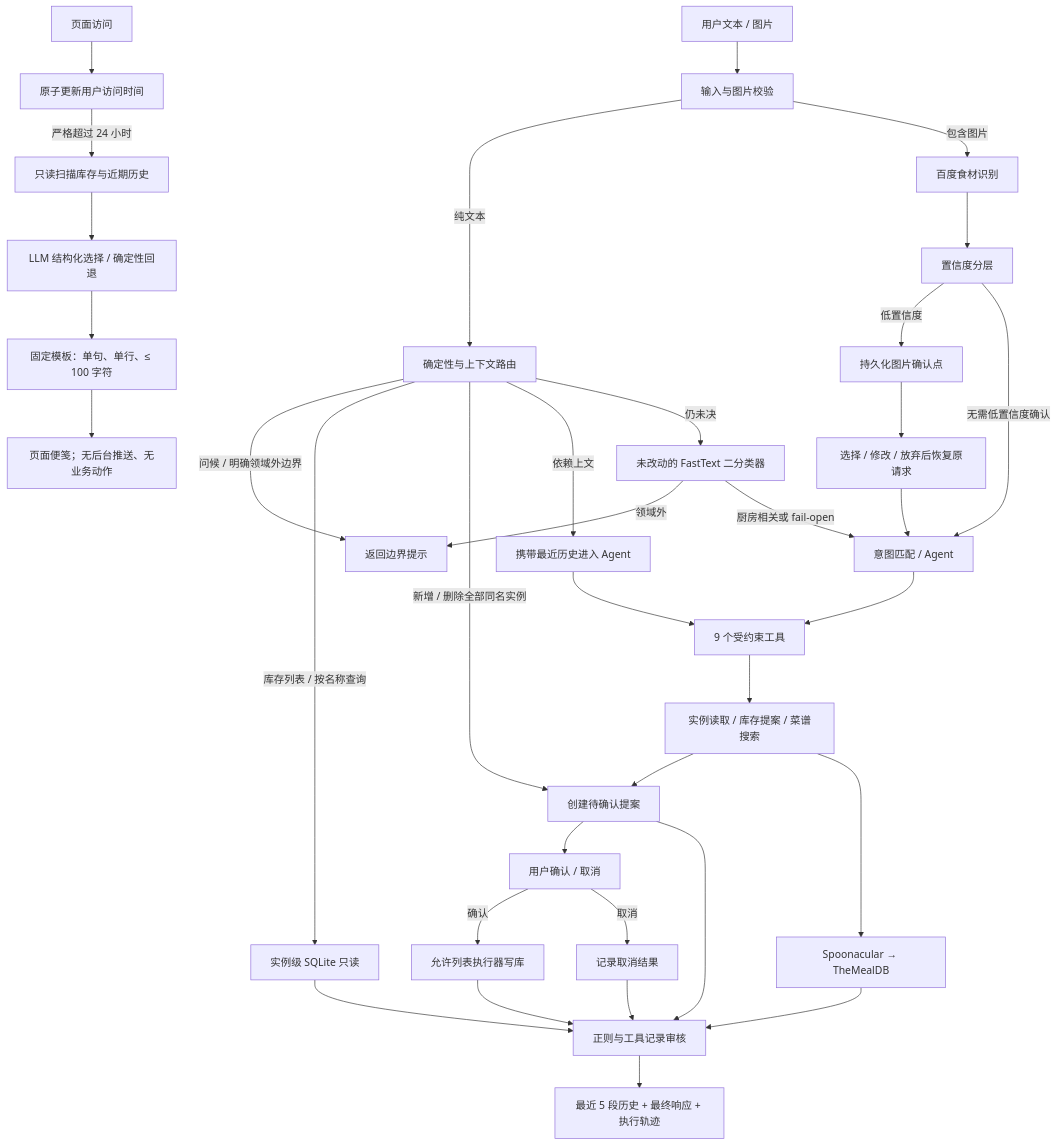
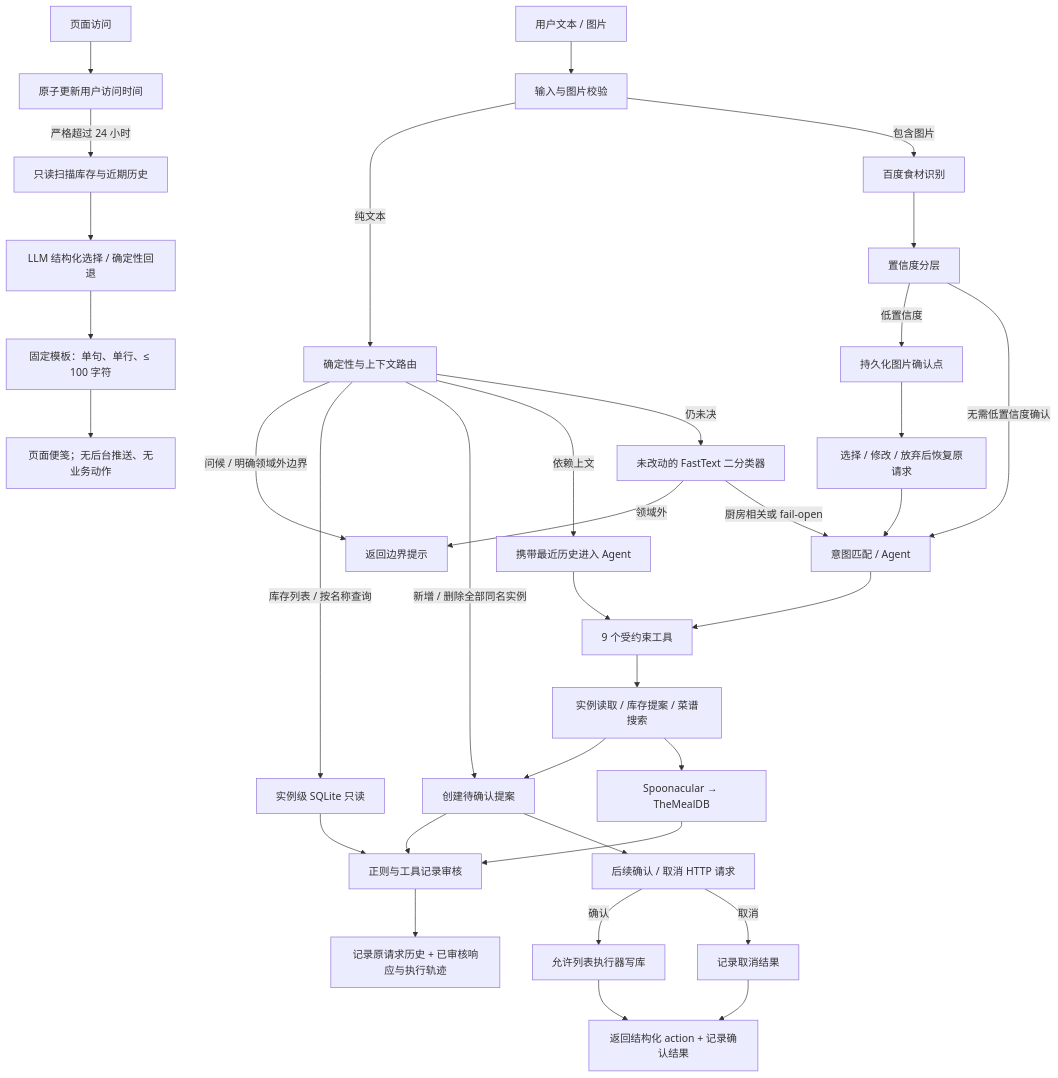
Before and after one commit to aicecould/kitchen_inventory_agent: the diagram in README.md, drawn with Mermaid. The commit also changed other lines of this file, not shown here.

````diff
--- a/README.md
+++ b/README.md
@@ -26,43 +26,43 @@
 ```mermaid
 flowchart TD
     A["用户文本 / 图片"] --> B["输入与图片校验"]
 
     B -->|纯文本| C["确定性与上下文路由"]
     C -->|问候 / 明确领域外边界| C1["返回边界提示"]
     C -->|库存列表 / 按名称查询| D["实例级 SQLite 只读"]
     C -->|新增 / 删除全部同名实例| E["创建待确认提案"]
     C -->|依赖上文| F["携带最近历史进入 Agent"]
     C -->|仍未决| G["未改动的 FastText 二分类器"]
     G -->|领域外| C1
     G -->|厨房相关或 fail-open| H["意图匹配 / Agent"]
 
     B -->|包含图片| I["百度食材识别"]
     I --> J["置信度分层"]
     J -->|低置信度| K["持久化图片确认点"]
     K --> L["选择 / 修改 / 放弃后恢复原请求"]
     J -->|无需低置信度确认| H
     L --> H
 
     F --> M["9 个受约束工具"]
     H --> M
     M --> N["实例读取 / 库存提案 / 菜谱搜索"]
     N --> E
     N --> O["Spoonacular → TheMealDB"]
 
-    E --> P["用户确认 / 取消"]
-    P -->|确认| Q["允许列表执行器写库"]
-    P -->|取消| R["记录取消结果"]
-
     D --> S["正则与工具记录审核"]
     E --> S
     O --> S
-    Q --> S
-    R --> S
-    S --> T["最近 5 段历史 + 最终响应 + 执行轨迹"]
+    S --> T["记录原请求历史 + 已审核响应与执行轨迹"]
+
+    E --> P["后续确认 / 取消 HTTP 请求"]
+    P -->|确认| Q["允许列表执行器写库"]
+    P -->|取消| R["记录取消结果"]
+    Q --> T1["返回结构化 action + 记录确认结果"]
+    R --> T1
 
     U["页面访问"] --> V["原子更新用户访问时间"]
     V -->|严格超过 24 小时| W["只读扫描库存与近期历史"]
     W --> X["LLM 结构化选择 / 确定性回退"]
     X --> Y["固定模板：单句、单行、≤ 100 字符"]
     Y --> Z["页面便笺；无后台推送、无业务动作"]
 ```
````
